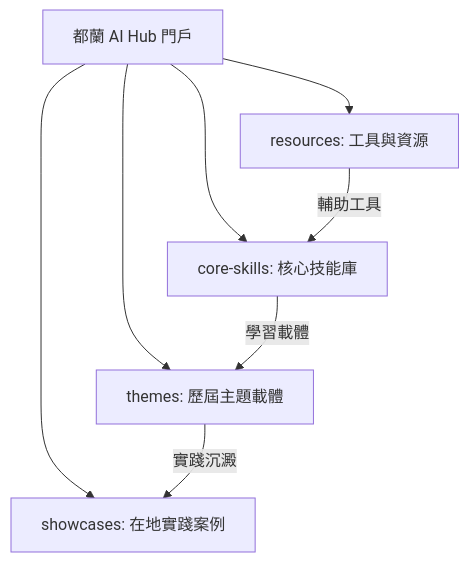
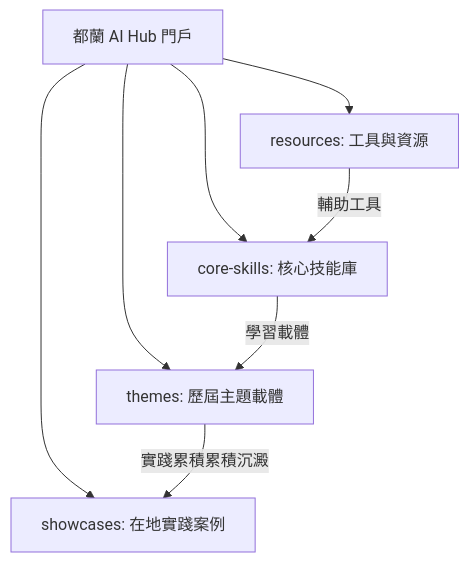
Before and after one commit to wuulong/dulan-ai-hub: the diagram in README.md, drawn with Mermaid. The commit also changed other lines of this file and 19 other files, not shown here.

````diff
--- a/README.md
+++ b/README.md
@@ -17,11 +17,11 @@
 ```mermaid
 graph TD
     A[都蘭 AI Hub 門戶] --> B[core-skills: 核心技能庫]
     A --> C[themes: 歷屆主題載體]
     A --> D[showcases: 在地實踐案例]
     A --> E[resources: 工具與資源]
     
     B -->|學習載體| C
-    C -->|實踐沉澱| D
+    C -->|實踐累積累積沉澱| D
     E -->|輔助工具| B
 ```
````
